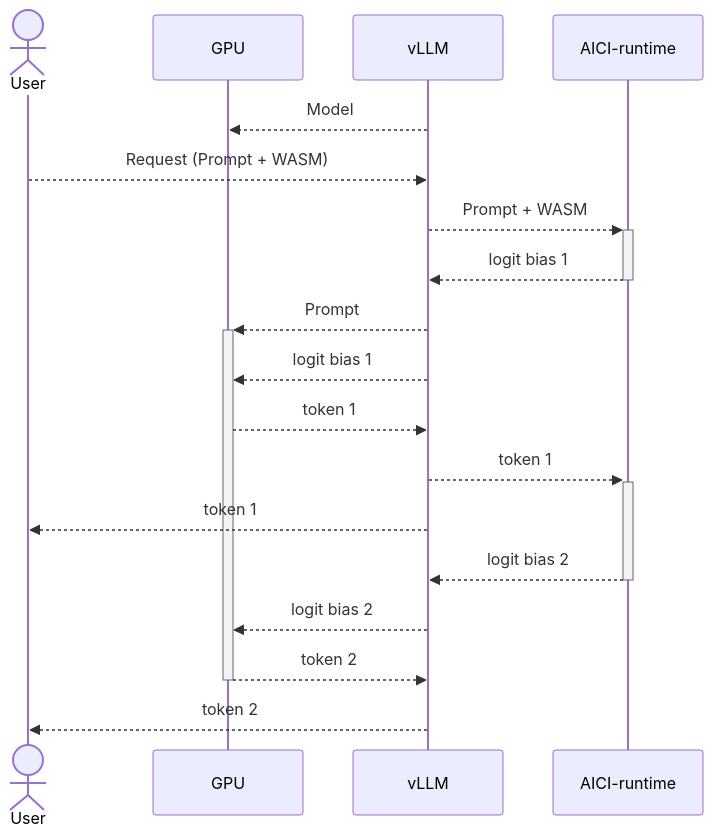
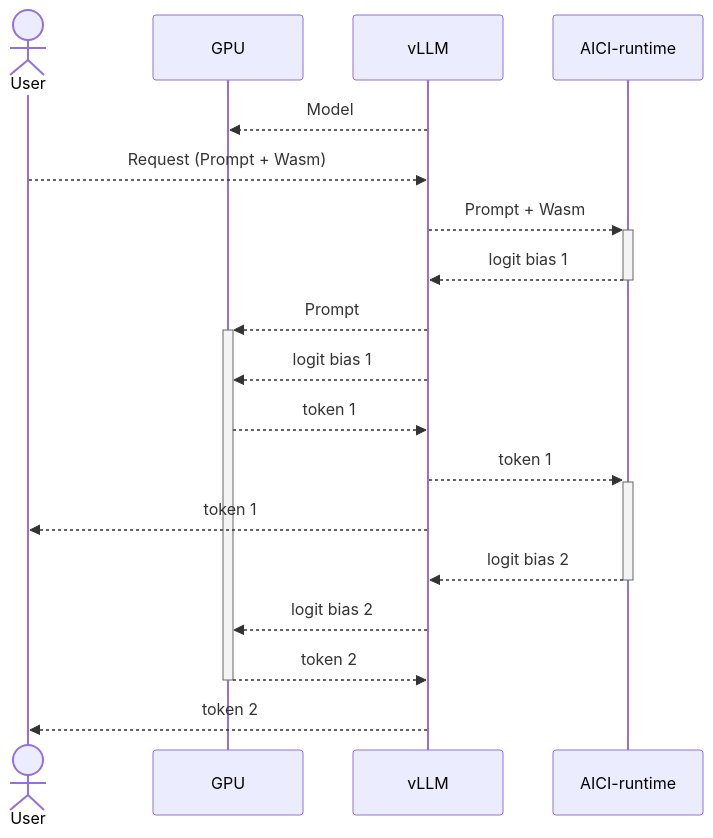
One commit to microsoft/aici changed the second of 3 diagrams in README.md. Above: the diagram before and after it, drawn with Mermaid. The commit also changed other lines of this file, not shown here.

````diff
--- a/README.md
+++ b/README.md
@@ -189,20 +210,20 @@
 ```mermaid
 sequenceDiagram
     actor User
     participant GPU
     participant vLLM
     participant aicirt as AICI-runtime
     vLLM -->> GPU: Model
-    User -->> vLLM: Request (Prompt + WASM)
-    vLLM -->>+ aicirt: Prompt + WASM
+    User -->> vLLM: Request (Prompt + Wasm)
+    vLLM -->>+ aicirt: Prompt + Wasm
     aicirt -->>- vLLM: logit bias 1
     vLLM -->>+ GPU: Prompt
     vLLM -->> GPU: logit bias 1
     GPU -->> vLLM: token 1
     vLLM -->>+ aicirt: token 1
     vLLM -->> User: token 1
     aicirt -->>- vLLM: logit bias 2
     vLLM -->> GPU: logit bias 2
     GPU -->>- vLLM: token 2
     vLLM -->> User: token 2
 ```
````
